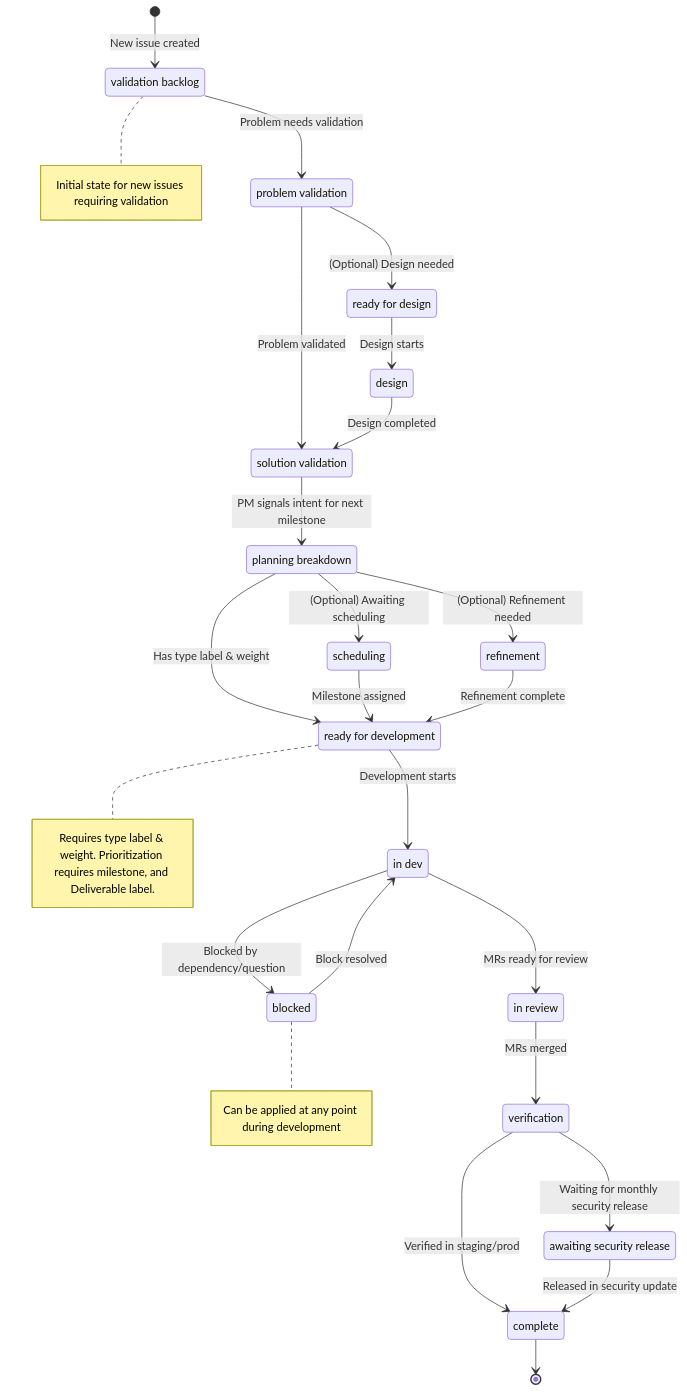
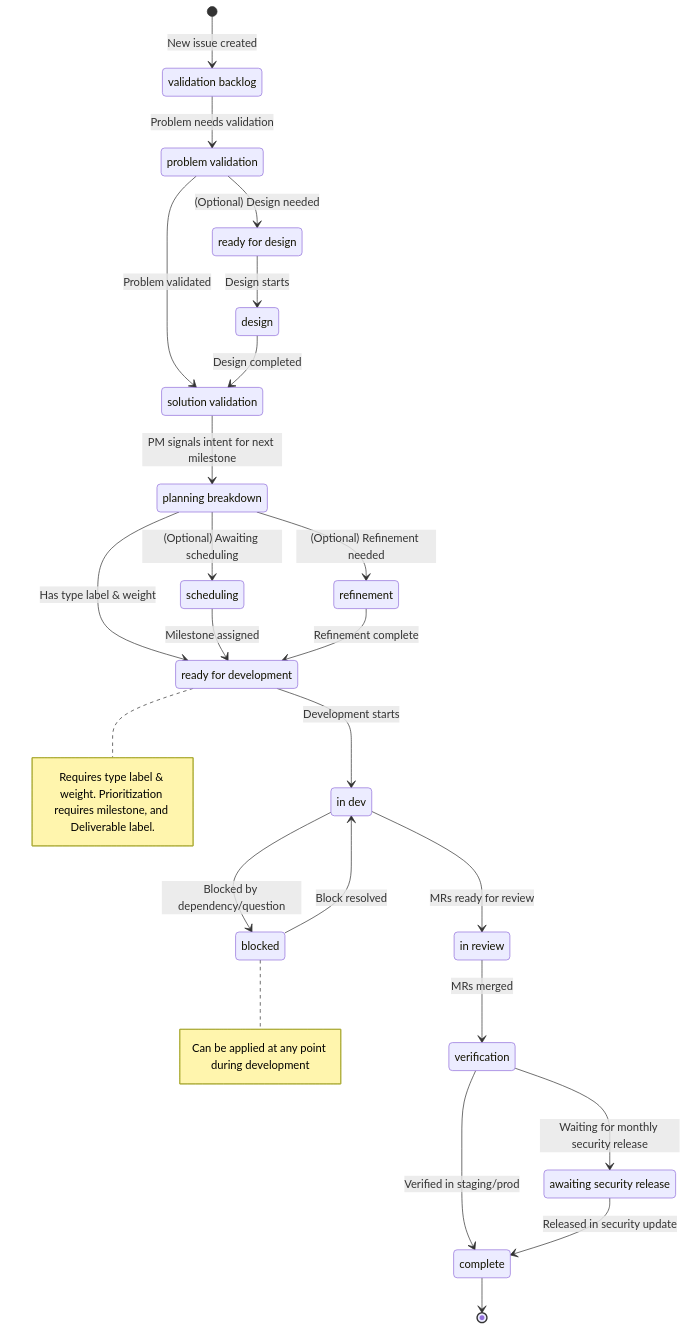
Before and after one commit to zalyoung/gitlab-handbook: the diagram in content/handbook/product-development-flow/_index.md, drawn with Mermaid. The commit also changed other lines of this file, not shown here.

````diff
--- a/content/handbook/product-development-flow/_index.md
+++ b/content/handbook/product-development-flow/_index.md
@@ -50,50 +50,49 @@
 ```mermaid
 stateDiagram-v2
     [*] --> ValidationBacklog: New issue created
     
     ValidationBacklog: validation backlog
     ProblemValidation: problem validation
     ReadyForDesign: ready for design
     Design: design
     SolutionValidation: solution validation
     
     ValidationBacklog --> ProblemValidation: Problem needs validation
     ProblemValidation --> ReadyForDesign: (Optional) Design needed
     ReadyForDesign --> Design: Design starts
     ProblemValidation --> SolutionValidation: Problem validated
     Design --> SolutionValidation: Design completed
 
     PlanningBreakdown: planning breakdown
     Scheduling: scheduling
     Refinement: refinement
     ReadyForDev: ready for development
     InDev: in dev
     InReview: in review
     Verification: verification
     Complete: complete
     BlockedStatus: blocked
     SecurityStatus: awaiting security release
     
     SolutionValidation --> PlanningBreakdown: PM signals intent for next milestone
     PlanningBreakdown --> Scheduling: (Optional) Awaiting scheduling
     PlanningBreakdown --> Refinement: (Optional) Refinement needed
     PlanningBreakdown --> ReadyForDev: Has type label & weight
     Scheduling --> ReadyForDev: Milestone assigned
     Refinement --> ReadyForDev: Refinement complete
     ReadyForDev --> InDev: Development starts
     InDev --> InReview: MRs ready for review
     InReview --> Verification: MRs merged
     Verification --> Complete: Verified in staging/prod
     
     InDev --> BlockedStatus: Blocked by dependency/question
     BlockedStatus --> InDev: Block resolved
     
     Verification --> SecurityStatus: Waiting for monthly security release
     SecurityStatus --> Complete: Released in security update
     
     Complete --> [*]
 
-    note right of ValidationBacklog: Initial state for new issues requiring validation
     note right of ReadyForDev: Requires type label & weight. Prioritization requires milestone, and Deliverable label.
     note right of BlockedStatus: Can be applied at any point during development
 ```
````
